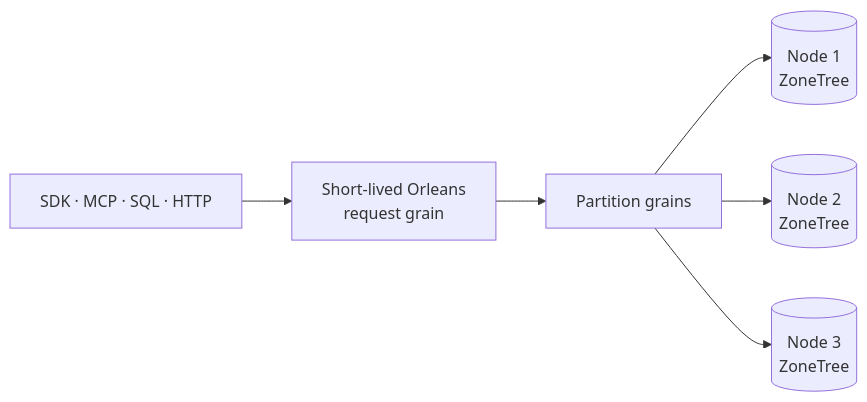
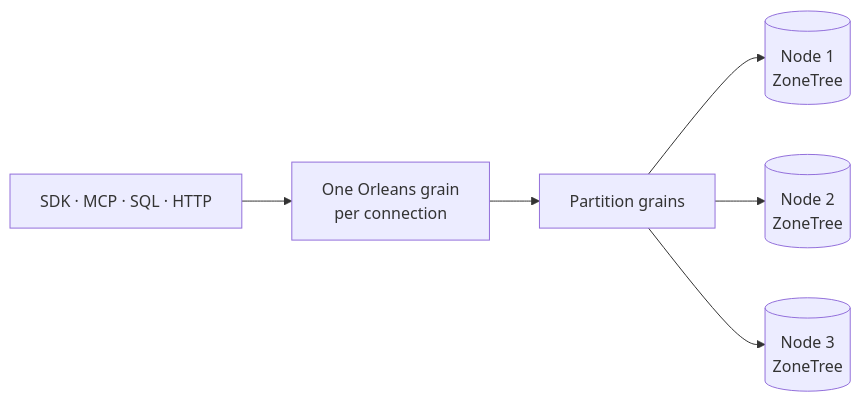
The third of 3 diagrams in README.md (managedcode/KeyLoad), drawn with Mermaid before and after one commit. The commit also changed other lines of this file and 127 other files, not shown here.

First line of the commit message:
Implement connection-owned Orleans execution with parallel operations

````diff
--- a/README.md
+++ b/README.md
@@ -158,8 +158,8 @@
 ```mermaid
 flowchart LR
-    Callers["SDK · MCP · SQL · HTTP"] --> Request["Short-lived Orleans<br/>request grain"]
+    Callers["SDK · MCP · SQL · HTTP"] --> Request["One Orleans grain<br/>per connection"]
     Request --> Partition["Partition grains"]
     Partition --> N1[("Node 1<br/>ZoneTree")]
     Partition --> N2[("Node 2<br/>ZoneTree")]
     Partition --> N3[("Node 3<br/>ZoneTree")]
 ```
````
